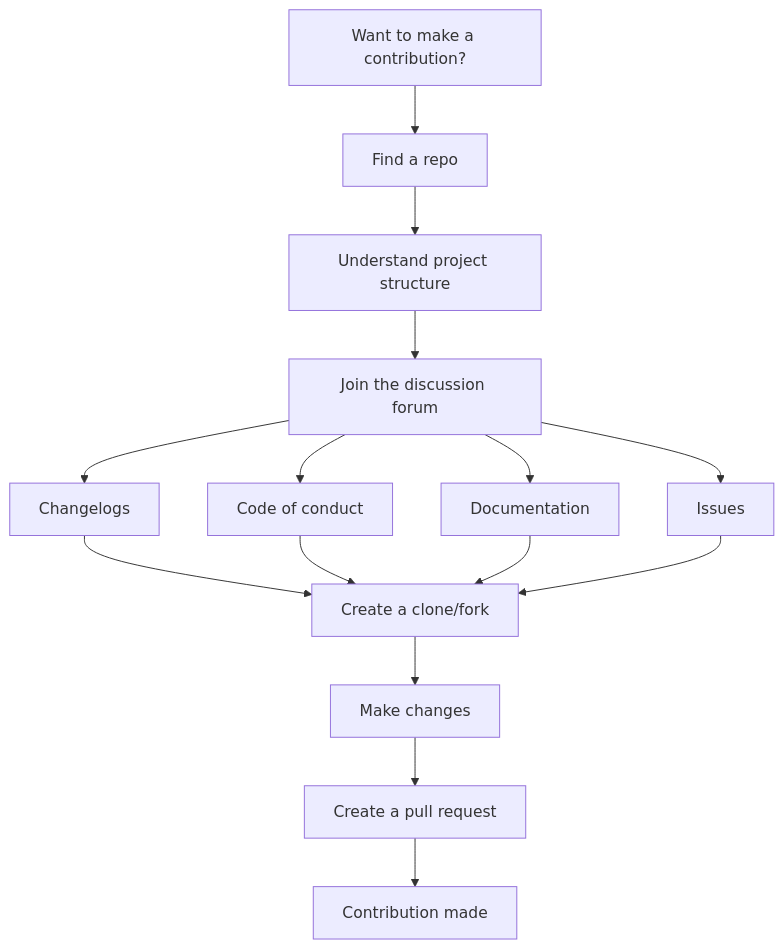
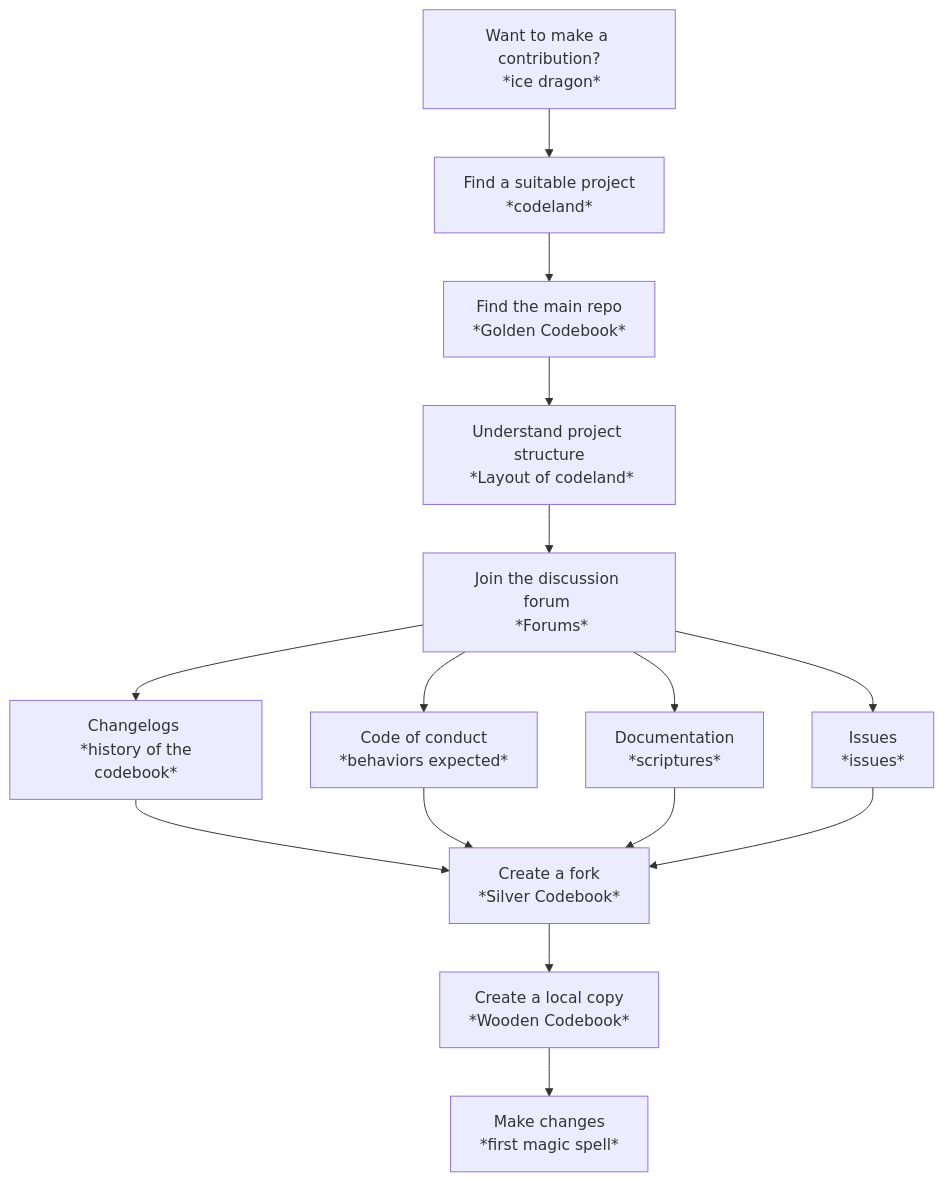
The seventh of 8 diagrams in docs/graphs_kitty.md (Prashant528/sample_story_for_storytelling), drawn with Mermaid before and after one commit. The commit also changed other lines of this file and 13 other files, not shown here.

Commit message:
Modified the graph

````diff
--- a/docs/graphs_kitty.md
+++ b/docs/graphs_kitty.md
@@ -84,19 +107,19 @@
 ```mermaid
 graph TD
-A[Want to make a contribution?]
-A --> B[Find a repo]
-B --> C[Understand project structure] 
-C --> D[Join the discussion forum]
-D --> E[Changelogs]
-D --> F[Code of conduct]
-D --> G[Documentation]
-D --> H[Issues]
-E --> I[Create a clone/fork]
+A[Want to make a contribution?\n *ice dragon*]
+A --> N[Find a suitable project\n *codeland*]
+N --> B[Find the main repo \n *Golden Codebook*]
+B --> C[Understand project structure\n *Layout of codeland*] 
+C --> D[Join the discussion forum \n *Forums*]
+D --> E[Changelogs \n *history of the codebook*]
+D --> F[Code of conduct \n *behaviors expected*]
+D --> G[Documentation \n *scriptures* ]
+D --> H[Issues \n *issues*]
+E --> I[Create a fork \n *Silver Codebook*]
 F --> I 
 G --> I 
 H --> I 
-I --> J[Make changes]
-J --> K[Create a pull request]
-K --> L[Contribution made]
+I --> J[Create a local copy \n *Wooden Codebook*]
+J --> K[Make changes \n *first magic spell*]
 
 ```
````
